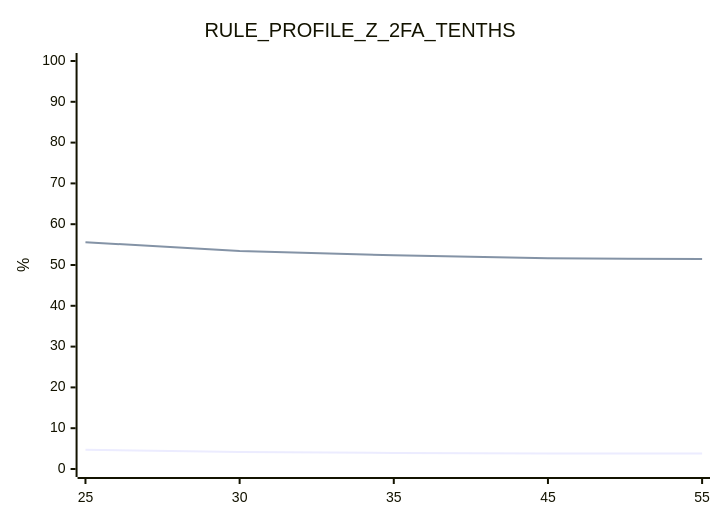
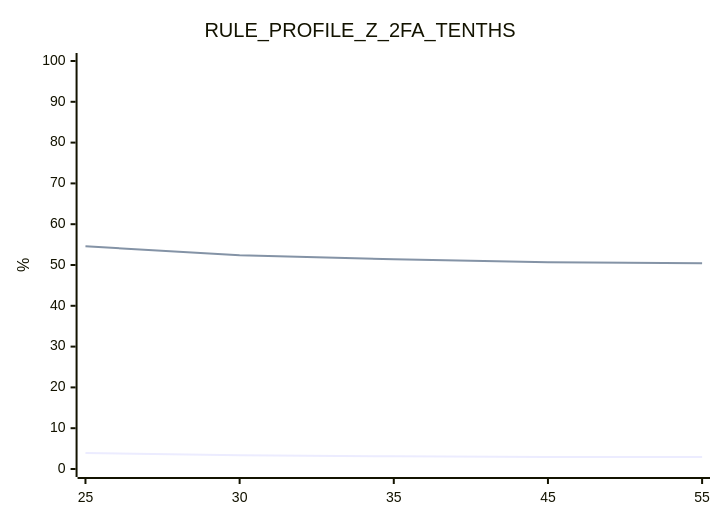
Before and after one commit to phprestes/Hackathon-Anti-Fraud-Pix: the third of 3 diagrams in docs/05-motor/analises.md, drawn with Mermaid. The commit also changed other lines of this file and 4 other files, not shown here.

````diff
--- a/docs/05-motor/analises.md
+++ b/docs/05-motor/analises.md
@@ -169,8 +146,8 @@
 ```mermaid
 xychart-beta
     title "RULE_PROFILE_Z_2FA_TENTHS"
     x-axis ["25", "30", "35", "45", "55"]
     y-axis "%" 0 --> 100
-    line [4.74, 4.16, 3.95, 3.82, 3.78]
-    line [55.58, 53.41, 52.39, 51.67, 51.45]
+    line [3.94, 3.34, 3.12, 2.97, 2.94]
+    line [54.57, 52.39, 51.38, 50.65, 50.43]
 ```
````
